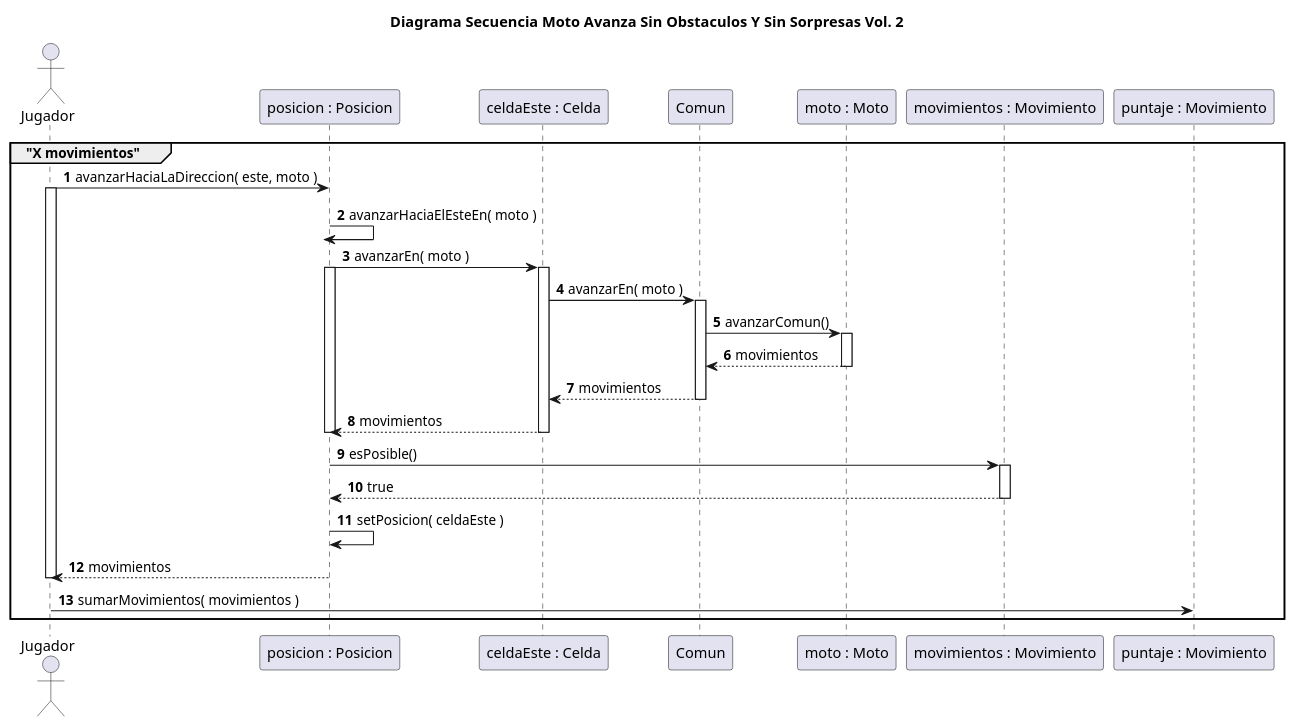
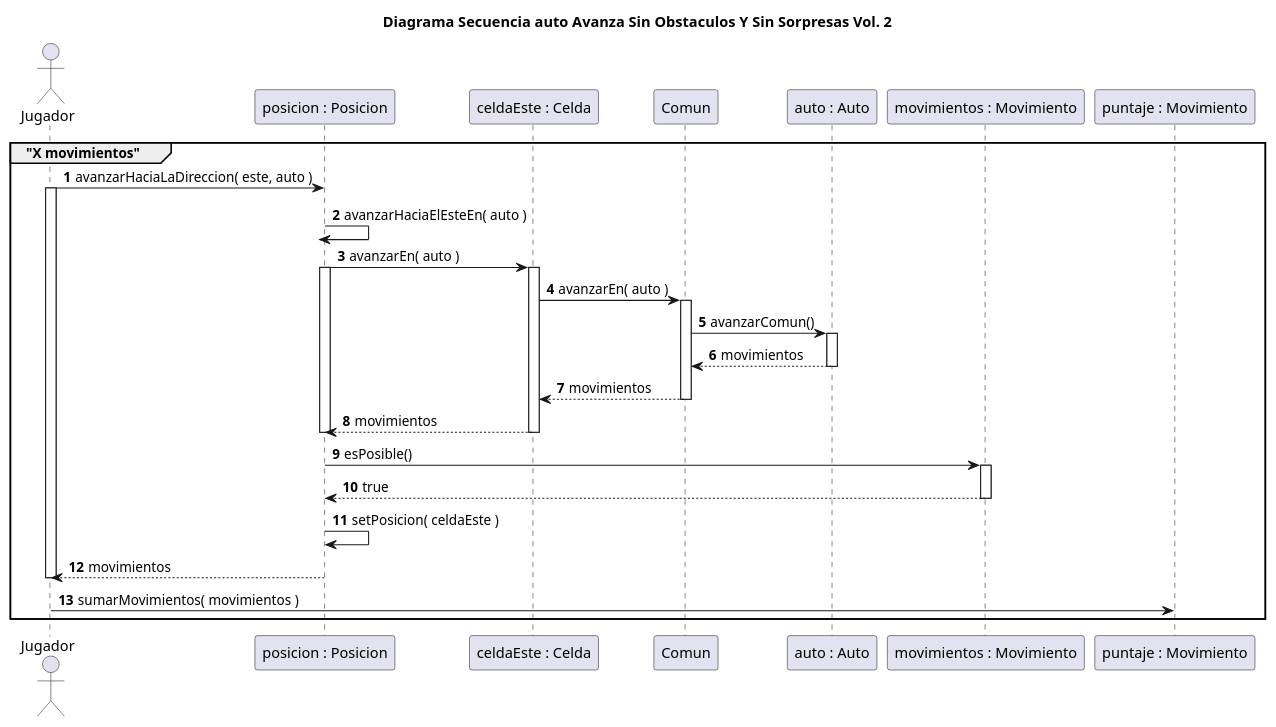
One commit to rodrigovzq/algo3_tp2 changed the diagram in diagrams/borradores/DiagramaSequenciaCasoSinObstaculosSinSorpresas_v2.puml. Above: the diagram before and after it, drawn with PlantUML. The commit also changed 6 other files, not shown here.

Commit message:
Agrego diagramas Entrega 1

```diff
--- a/diagrams/borradores/DiagramaSequenciaCasoSinObstaculosSinSorpresas_v2.puml
+++ b/diagrams/borradores/DiagramaSequenciaCasoSinObstaculosSinSorpresas_v2.puml
@@ -1,41 +1,42 @@
 @startuml
-title Diagrama Secuencia Moto Avanza Sin Obstaculos Y Sin Sorpresas Vol. 2
+title Diagrama Secuencia auto Avanza Sin Obstaculos Y Sin Sorpresas Vol. 2
 autonumber
 actor Jugador
 
 group "X movimientos"
-Jugador -> "posicion : Posicion": avanzarHaciaLaDireccion( este, moto )
+Jugador -> "posicion : Posicion": avanzarHaciaLaDireccion( este, auto )
 
 activate Jugador
-"posicion : Posicion" -> "posicion : Posicion": avanzarHaciaElEsteEn( moto )
+"posicion : Posicion" -> "posicion : Posicion": avanzarHaciaElEsteEn( auto )
 
 deactivate "posicion : Posicion"
-"posicion : Posicion" -> "celdaEste : Celda"++: avanzarEn( moto )
+"posicion : Posicion" -> "celdaEste : Celda"++: avanzarEn( auto )
 
 activate "posicion : Posicion"
-"celdaEste : Celda" -> Comun++: avanzarEn( moto )
-Comun -> "moto : Moto"++: avanzarComun()
-"moto : Moto" --> Comun: movimientos
-deactivate "moto : Moto"
+"celdaEste : Celda" -> Comun++: avanzarEn( auto )
+Comun -> "auto : Auto"++: avanzarComun()
+"auto : Auto" --> Comun: movimientos
+deactivate "auto : Auto"
 Comun --> "celdaEste : Celda": movimientos
 deactivate Comun
 "celdaEste : Celda" --> "posicion : Posicion": movimientos
 deactivate "celdaEste : Celda"
 deactivate "posicion : Posicion"
+
 'Viola el TellDontAsk, pero no es la solucion final.
 'Es para chequear que el movimiento es posible, por ejemplo,
 'cuando queres pasar por un piquete con un auto. No debemos actualizar
 'la posicion, ya que no podemos avanzar.
 
 "movimientos : Movimiento" <- "posicion : Posicion"++: esPosible()
 "movimientos : Movimiento" --> "posicion : Posicion": true
 deactivate "movimientos : Movimiento"
 "posicion : Posicion" -> "posicion : Posicion": setPosicion( celdaEste )
 
 "posicion : Posicion" --> Jugador: movimientos
 
 deactivate Jugador
 Jugador -> "puntaje : Movimiento": sumarMovimientos( movimientos )
 end
 
 @enduml
```
